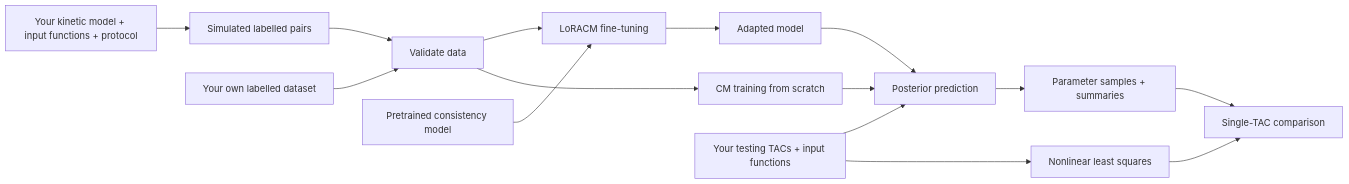
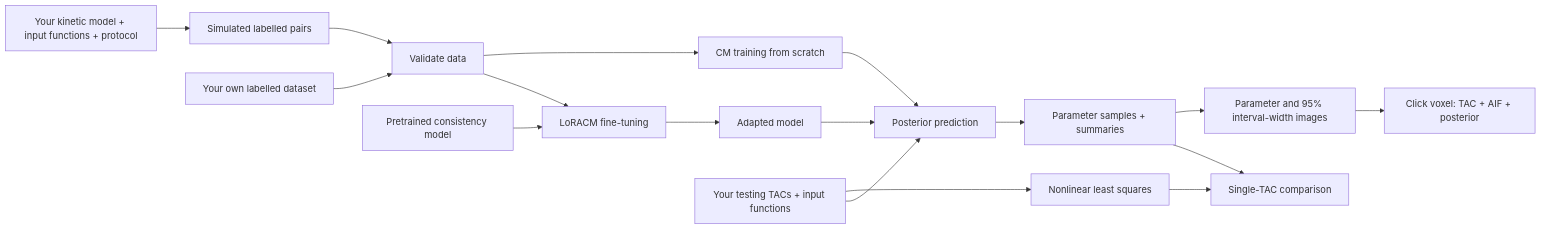
One commit to yundumbledore/PET-TRACER changed the diagram in README.md. Above: the diagram before and after it, drawn with Mermaid. The commit also changed other lines of this file and 27 other files, not shown here.

````diff
--- a/README.md
+++ b/README.md
@@ -34,17 +37,19 @@
 ```mermaid
 flowchart LR
     A[Your kinetic model + input functions + protocol] --> B[Simulated labelled pairs]
     C[Your own labelled dataset] --> D[Validate data]
     B --> D
     D --> E[LoRACM fine-tuning]
     D --> M[CM training from scratch]
     F[Pretrained consistency model] --> E
     E --> G[Adapted model]
     H[Your testing TACs + input functions] --> I[Posterior prediction]
     G --> I
     M --> I
     I --> J[Parameter samples + summaries]
     H --> K[Nonlinear least squares]
     J --> L[Single-TAC comparison]
     K --> L
+    J --> N[Parameter and 95% interval-width images]
+    N --> O[Click voxel: TAC + AIF + posterior]
 ```
````
